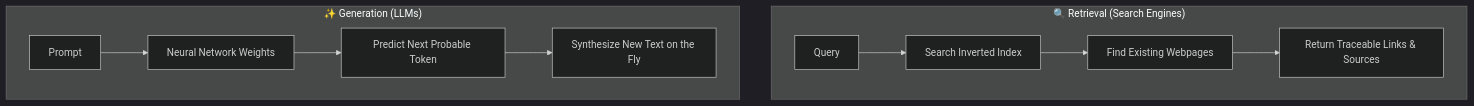
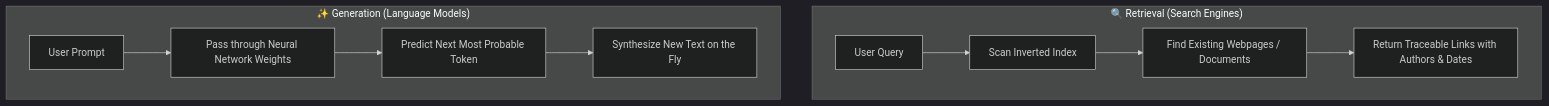
One commit to Nishant8826/theory-leaning changed the first of 3 diagrams in Nameste-AI/Season_01/02_Does_ChatGPT_Know_or_Does_It_Guess.md. Above: the diagram before and after it, drawn with Mermaid (dark theme). The commit also changed other lines of this file and 8 other files, not shown here.

````diff
--- a/Nameste-AI/Season_01/02_Does_ChatGPT_Know_or_Does_It_Guess.md
+++ b/Nameste-AI/Season_01/02_Does_ChatGPT_Know_or_Does_It_Guess.md
@@ -83,14 +96,14 @@
 ```mermaid
 flowchart TD
     subgraph RETRIEVAL ["🔍 Retrieval (Search Engines)"]
-    A[Query] --> B[Search Inverted Index]
-    B --> C[Find Existing Webpages]
-    C --> D[Return Traceable Links & Sources]
+    A[User Query] --> B[Scan Inverted Index]
+    B --> C[Find Existing Webpages / Documents]
+    C --> D[Return Traceable Links with Authors & Dates]
     end
     
-    subgraph GENERATION ["✨ Generation (LLMs)"]
-    E[Prompt] --> F[Neural Network Weights]
-    F --> G[Predict Next Probable Token]
+    subgraph GENERATION ["✨ Generation (Language Models)"]
+    E[User Prompt] --> F[Pass through Neural Network Weights]
+    F --> G[Predict Next Most Probable Token]
     G --> H[Synthesize New Text on the Fly]
     end
 ```
````
